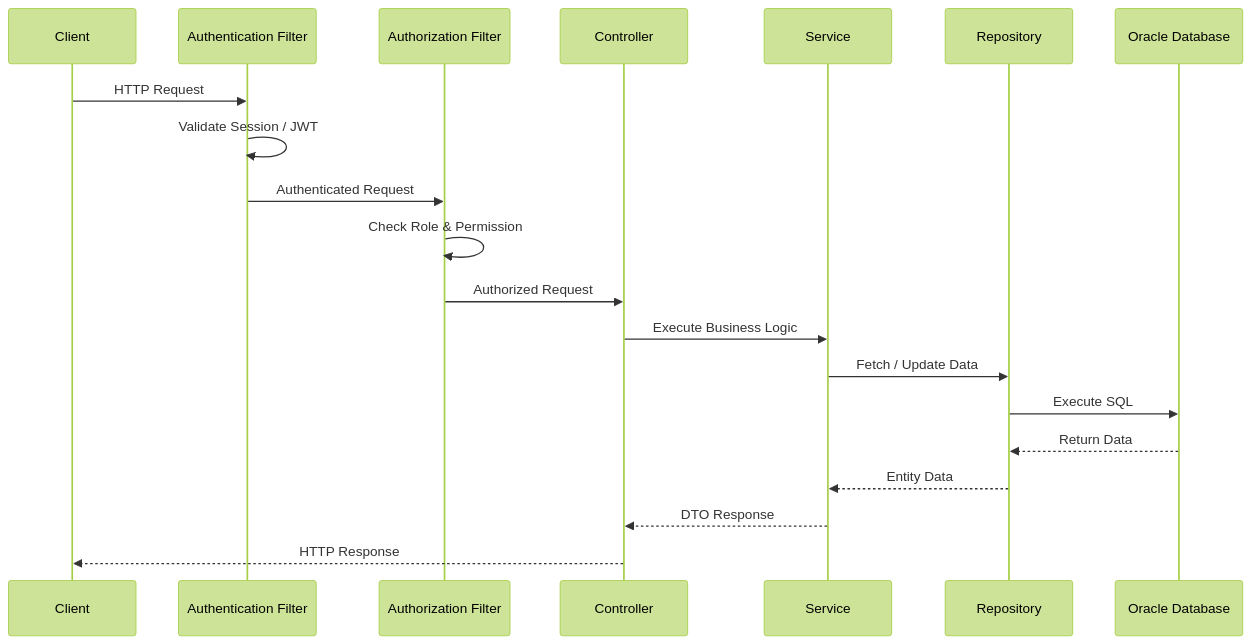
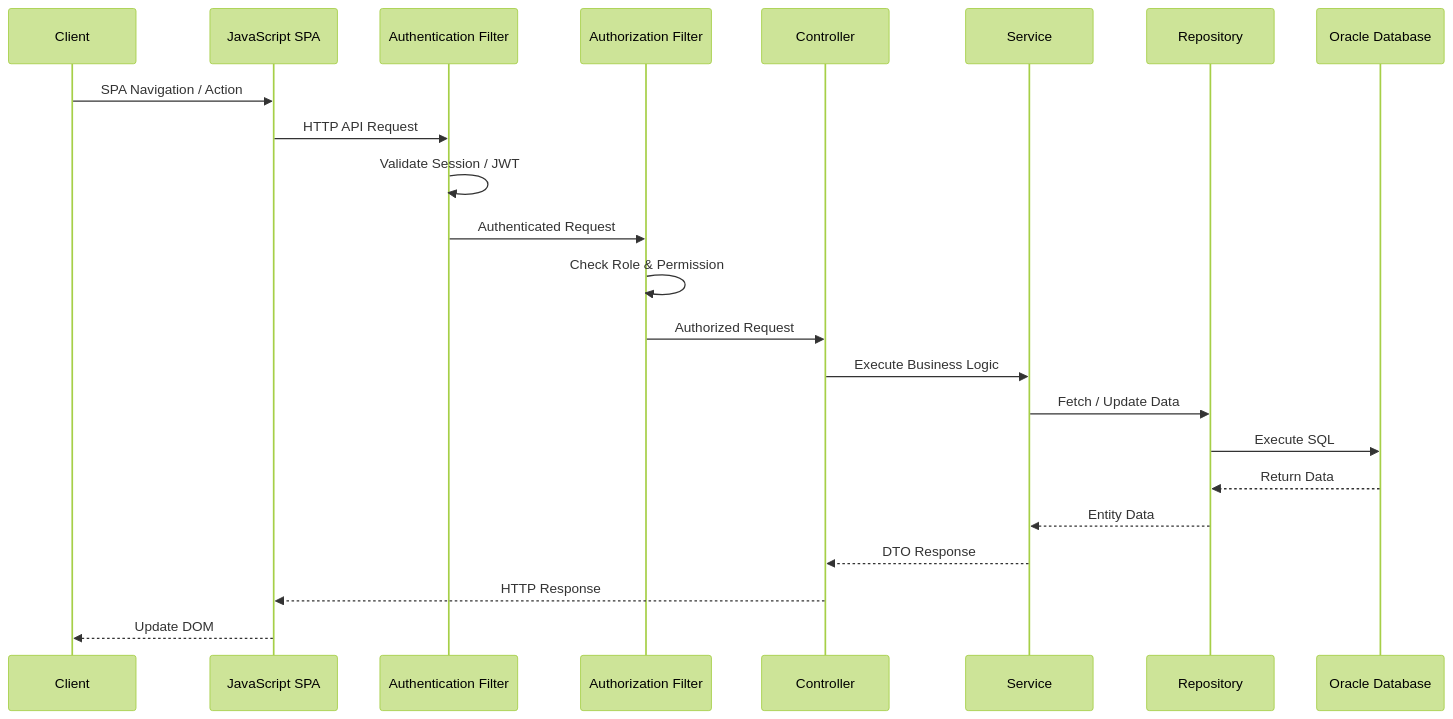
One commit to MotionPrograming/AuthorizationManagementSystem changed diagram 15 of 21 in README.md. Above: the diagram before and after it, drawn with Mermaid (forest theme). The commit also changed other lines of this file, not shown here.

````diff
--- a/README.md
+++ b/README.md
@@ -998,23 +1335,26 @@
 ```mermaid
 sequenceDiagram
     participant U as Client
+    participant SPA as JavaScript SPA
     participant AF as Authentication Filter
     participant AZ as Authorization Filter
     participant C as Controller
     participant S as Service
     participant R as Repository
     participant DB as Oracle Database
 
-    U->>AF: HTTP Request
+    U->>SPA: SPA Navigation / Action
+    SPA->>AF: HTTP API Request
     AF->>AF: Validate Session / JWT
     AF->>AZ: Authenticated Request
     AZ->>AZ: Check Role & Permission
     AZ->>C: Authorized Request
     C->>S: Execute Business Logic
     S->>R: Fetch / Update Data
     R->>DB: Execute SQL
     DB-->>R: Return Data
     R-->>S: Entity Data
     S-->>C: DTO Response
-    C-->>U: HTTP Response
+    C-->>SPA: HTTP Response
+    SPA-->>U: Update DOM
 ```
````
